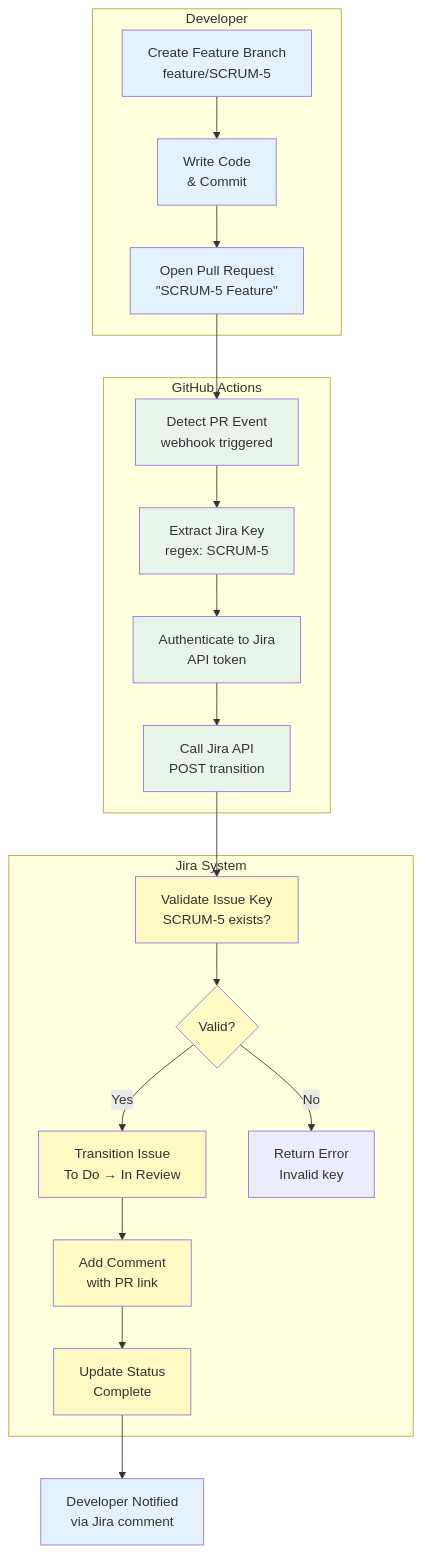
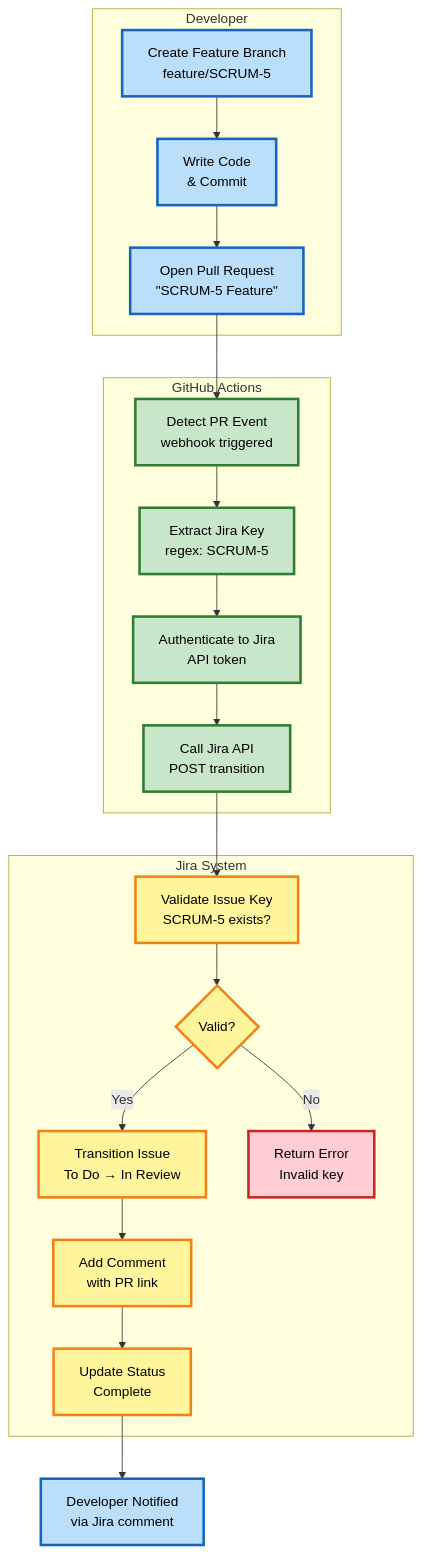
Before and after one commit to proteus100/jira-demo-project: the first of 7 diagrams in UX_ARTIFACTS/WORKFLOW_VISUAL_DIAGRAM.md, drawn with Mermaid. The commit also changed other lines of this file, not shown here.

First line of the commit message:
Improve diagram contrast for better accessibility

````diff
--- a/UX_ARTIFACTS/WORKFLOW_VISUAL_DIAGRAM.md
+++ b/UX_ARTIFACTS/WORKFLOW_VISUAL_DIAGRAM.md
@@ -7,39 +7,40 @@
 ```mermaid
 graph TD
     subgraph Developer
         A[Create Feature Branch<br/>feature/SCRUM-5] --> B[Write Code<br/>& Commit]
         B --> C[Open Pull Request<br/>#quot;SCRUM-5 Feature#quot;]
     end
 
     subgraph GitHub_Actions[GitHub Actions]
         D[Detect PR Event<br/>webhook triggered] --> E[Extract Jira Key<br/>regex: SCRUM-5]
         E --> F[Authenticate to Jira<br/>API token]
         F --> G[Call Jira API<br/>POST transition]
     end
 
     subgraph Jira_System[Jira System]
         H[Validate Issue Key<br/>SCRUM-5 exists?] --> I{Valid?}
         I -->|Yes| J[Transition Issue<br/>To Do → In Review]
         I -->|No| K[Return Error<br/>Invalid key]
         J --> L[Add Comment<br/>with PR link]
         L --> M[Update Status<br/>Complete]
     end
 
     C --> D
     G --> H
     M --> N[Developer Notified<br/>via Jira comment]
 
-    style A fill:#E3F2FD
-    style B fill:#E3F2FD
-    style C fill:#E3F2FD
-    style D fill:#E8F5E9
-    style E fill:#E8F5E9
-    style F fill:#E8F5E9
-    style G fill:#E8F5E9
-    style H fill:#FFF9C4
-    style I fill:#FFF9C4
-    style J fill:#FFF9C4
-    style L fill:#FFF9C4
-    style M fill:#FFF9C4
-    style N fill:#E3F2FD
+    style A fill:#BBDEFB,stroke:#1565C0,stroke-width:3px,color:#000
+    style B fill:#BBDEFB,stroke:#1565C0,stroke-width:3px,color:#000
+    style C fill:#BBDEFB,stroke:#1565C0,stroke-width:3px,color:#000
+    style D fill:#C8E6C9,stroke:#2E7D32,stroke-width:3px,color:#000
+    style E fill:#C8E6C9,stroke:#2E7D32,stroke-width:3px,color:#000
+    style F fill:#C8E6C9,stroke:#2E7D32,stroke-width:3px,color:#000
+    style G fill:#C8E6C9,stroke:#2E7D32,stroke-width:3px,color:#000
+    style H fill:#FFF59D,stroke:#F57F17,stroke-width:3px,color:#000
+    style I fill:#FFF59D,stroke:#F57F17,stroke-width:3px,color:#000
+    style J fill:#FFF59D,stroke:#F57F17,stroke-width:3px,color:#000
+    style K fill:#FFCDD2,stroke:#C62828,stroke-width:3px,color:#000
+    style L fill:#FFF59D,stroke:#F57F17,stroke-width:3px,color:#000
+    style M fill:#FFF59D,stroke:#F57F17,stroke-width:3px,color:#000
+    style N fill:#BBDEFB,stroke:#1565C0,stroke-width:3px,color:#000
 ```
````
